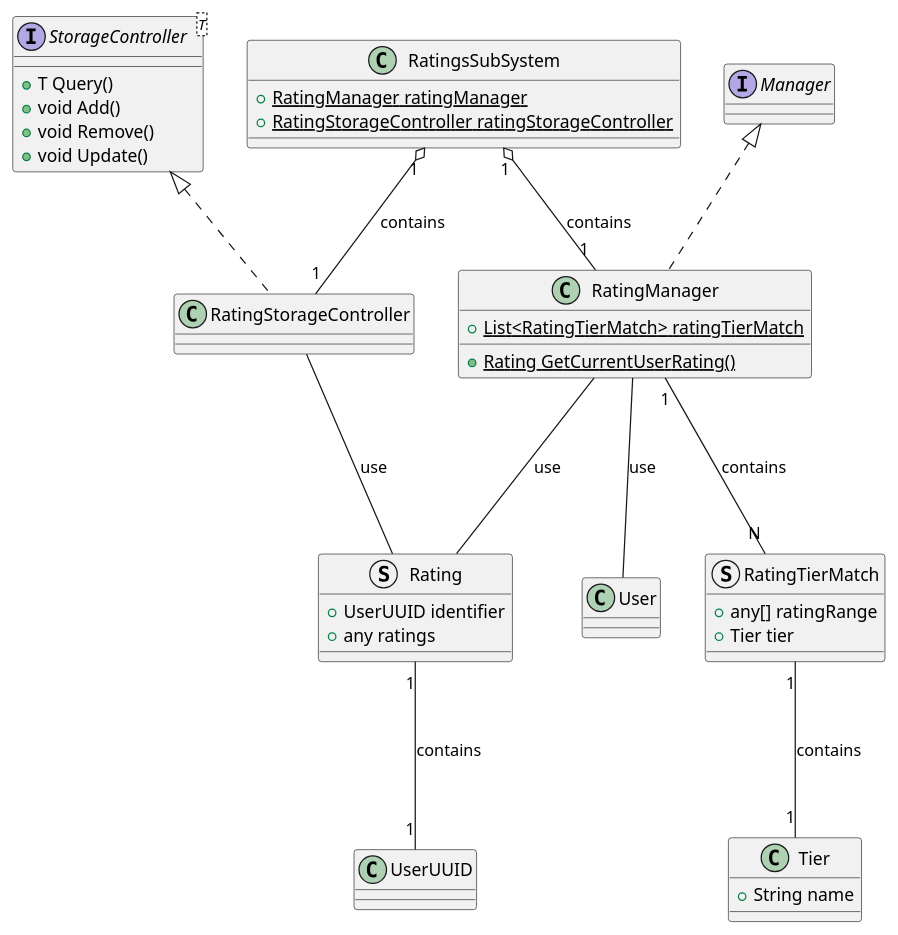
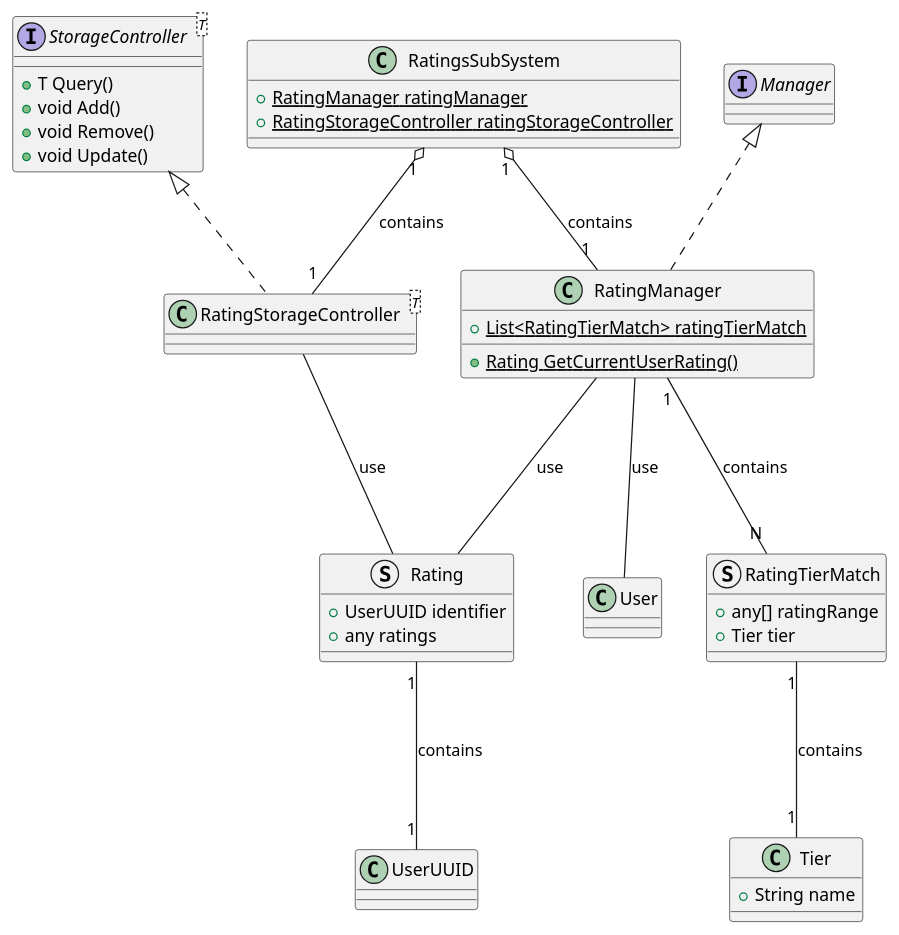
The diagram in src/Ratings.puml (ShapeLayer/se-lecture-task__project-structure-definitions), drawn with PlantUML before and after one commit. The commit also changed 15 other files, not shown here.

```diff
--- a/src/Ratings.puml
+++ b/src/Ratings.puml
@@ -1,45 +1,45 @@
 @startuml
 Interface Manager
 Interface StorageController<T> {
     + T Query()
     + void Add()
     + void Remove()
     + void Update()
 }
 
 class Tier {
     + String name
 }
 
 struct RatingTierMatch {
     + any[] ratingRange
     + Tier tier
 }
 RatingTierMatch "1" --- "1" Tier : contains
 
 struct Rating {
     + UserUUID identifier
     + any ratings
 }
 Rating "1" --- "1" UserUUID : contains
 
 class RatingManager implements Manager {
     + {static} List<RatingTierMatch> ratingTierMatch
     + {static} Rating GetCurrentUserRating()
 }
 RatingManager "1" --- "N" RatingTierMatch : contains
 RatingManager --- User : use
 RatingManager --- Rating : use
 
-class RatingStorageController implements StorageController {}
+class RatingStorageController<T> implements StorageController {}
 RatingStorageController --- Rating : use
 
 class RatingsSubSystem {
     + {static} RatingManager ratingManager
     + {static} RatingStorageController ratingStorageController
 }
 
 RatingsSubSystem "1" o-- "1" RatingManager : contains
 RatingsSubSystem "1" o-- "1" RatingStorageController : contains
 
 @enduml
```
